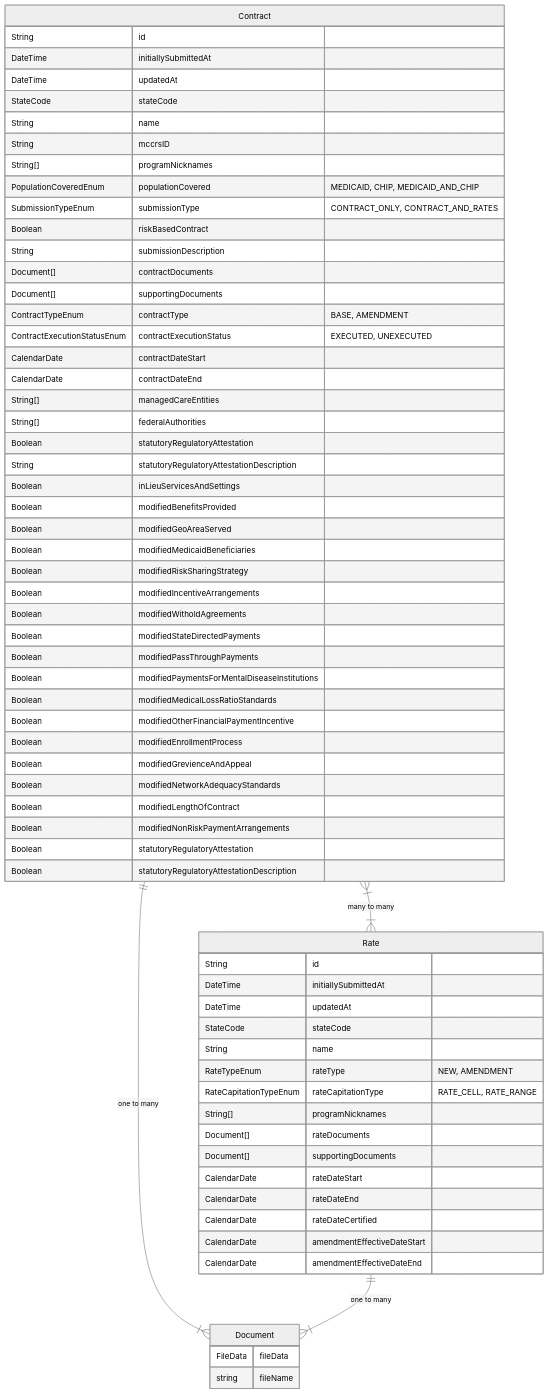
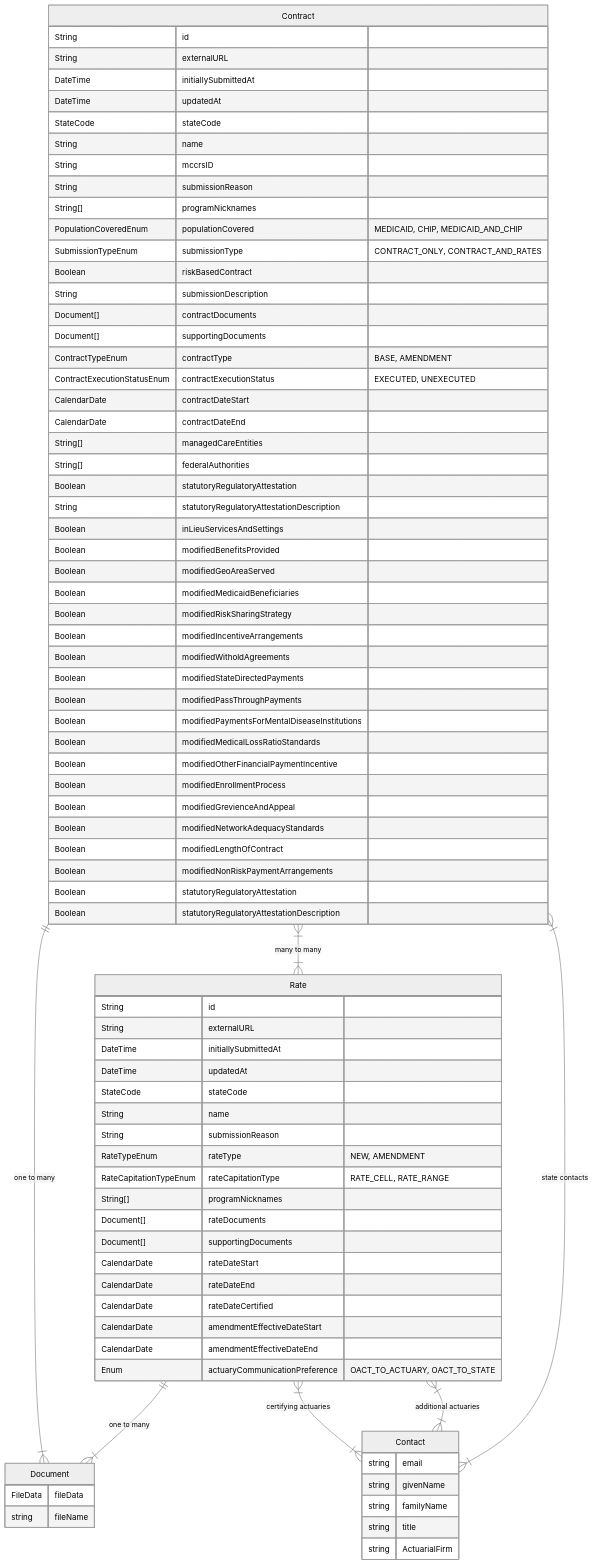
Before and after one commit to Enterprise-CMCS/managed-care-review: the diagram in docs/contract-rate-non-revision-design.md, drawn with Mermaid (neutral theme). The commit also changed 1 other file, not shown here.

Commit message:
address comments

````diff
--- a/docs/contract-rate-non-revision-design.md
+++ b/docs/contract-rate-non-revision-design.md
@@ -7,11 +7,13 @@
 
 Contract {
     String id
+    String externalURL
     DateTime initiallySubmittedAt
     DateTime updatedAt
     StateCode stateCode
     String name
     String mccrsID
+    String submissionReason
 
     String[] programNicknames
     PopulationCoveredEnum populationCovered "MEDICAID, CHIP, MEDICAID_AND_CHIP" 
@@ -53,10 +55,12 @@
 
 Rate {
     String id
+    String externalURL
     DateTime initiallySubmittedAt
     DateTime updatedAt
     StateCode stateCode
     String name
+    String submissionReason
     
     RateTypeEnum rateType "NEW, AMENDMENT"
     RateCapitationTypeEnum rateCapitationType "RATE_CELL, RATE_RANGE"
@@ -70,6 +74,8 @@
     CalendarDate rateDateCertified
     CalendarDate amendmentEffectiveDateStart
     CalendarDate amendmentEffectiveDateEnd
+
+    Enum actuaryCommunicationPreference "OACT_TO_ACTUARY, OACT_TO_STATE"
 }
 
 Document {
@@ -77,8 +83,18 @@
     string fileName
 }
 
+Contact {
+    string email
+    string givenName
+    string familyName
+    string title
+    string ActuarialFirm
+}
 
 Contract }|--|{ Rate : "many to many"
 Contract ||--|{ Document : "one to many"
 Rate ||--|{ Document : "one to many"
+Rate }|--|{ Contact : "certifying actuaries"
+Rate }|--|{ Contact : "additional actuaries"
+Contract }|--|{ Contact : "state contacts"
 ```
````
